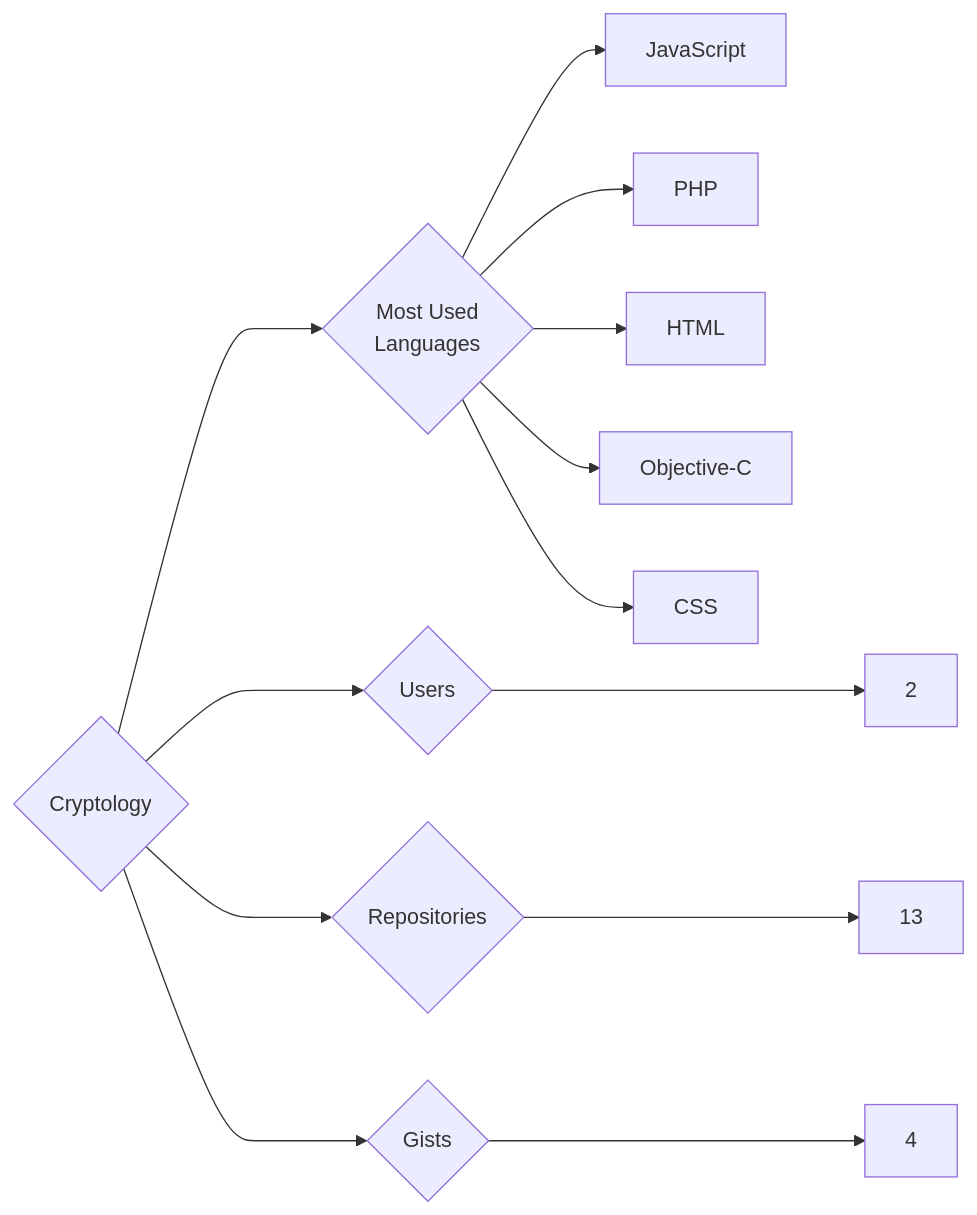
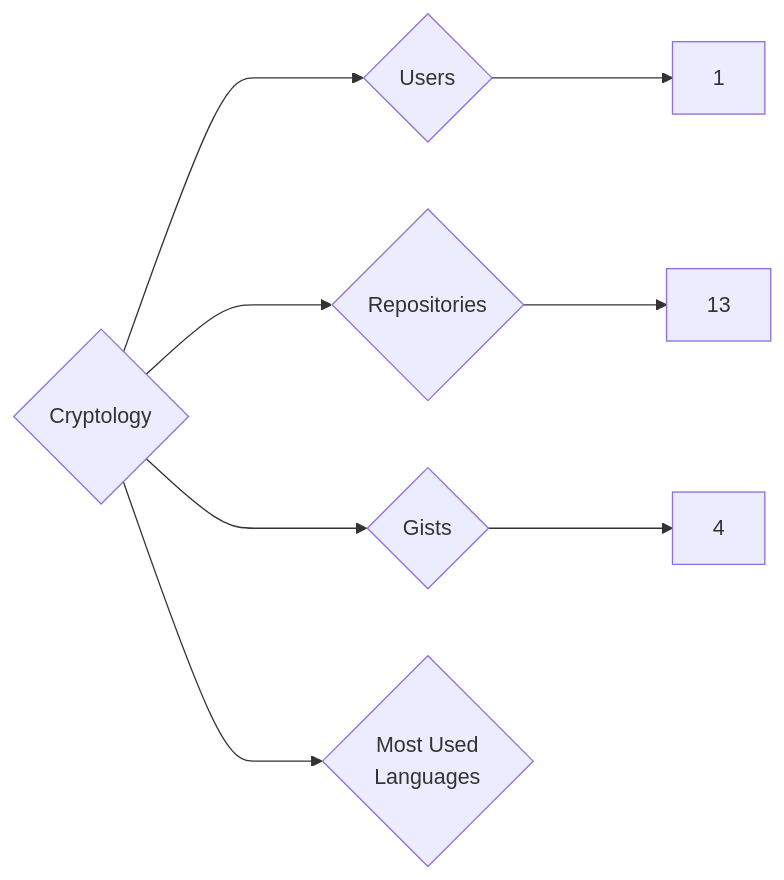
Before and after one commit to trickest/insiders: the diagram in targets/Cryptology/README.md, drawn with Mermaid. The commit also changed 985 other files, not shown here.

````diff
--- a/targets/Cryptology/README.md
+++ b/targets/Cryptology/README.md
@@ -3,13 +3,8 @@
 ```mermaid
 graph LR
 COMPANY_NAME{Cryptology}
-COMPANY_NAME ---> U{Users} ---> UN[2]
+COMPANY_NAME ---> U{Users} ---> UN[1]
 COMPANY_NAME ---> R{Repositories} ---> RN[13]
 COMPANY_NAME ---> G{Gists} ---> GN[4]
 COMPANY_NAME ---> ML{Most Used<br>Languages}
-ML --> JavaScript[JavaScript]
-ML --> PHP[PHP]
-ML --> HTML[HTML]
-ML --> Objective-C[Objective-C]
-ML --> CSS[CSS]
 ```
````
